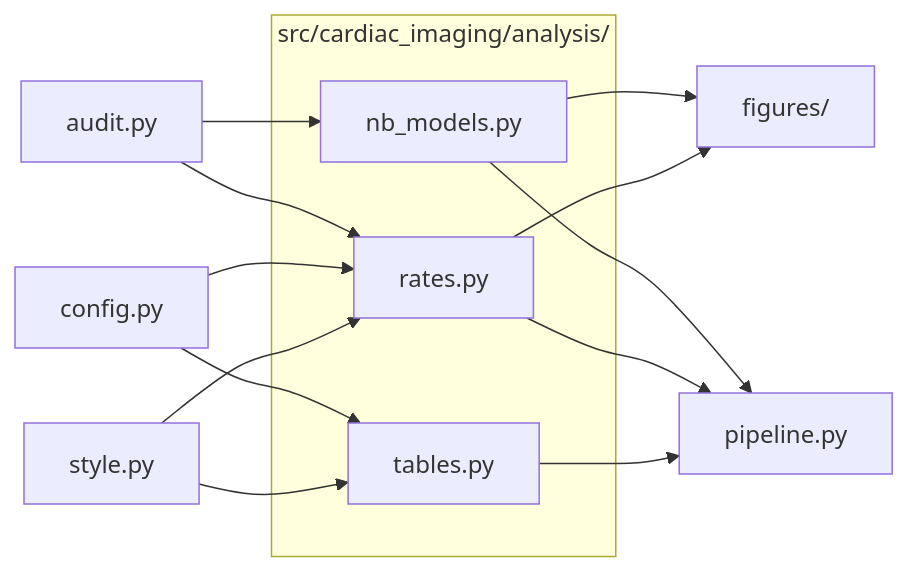
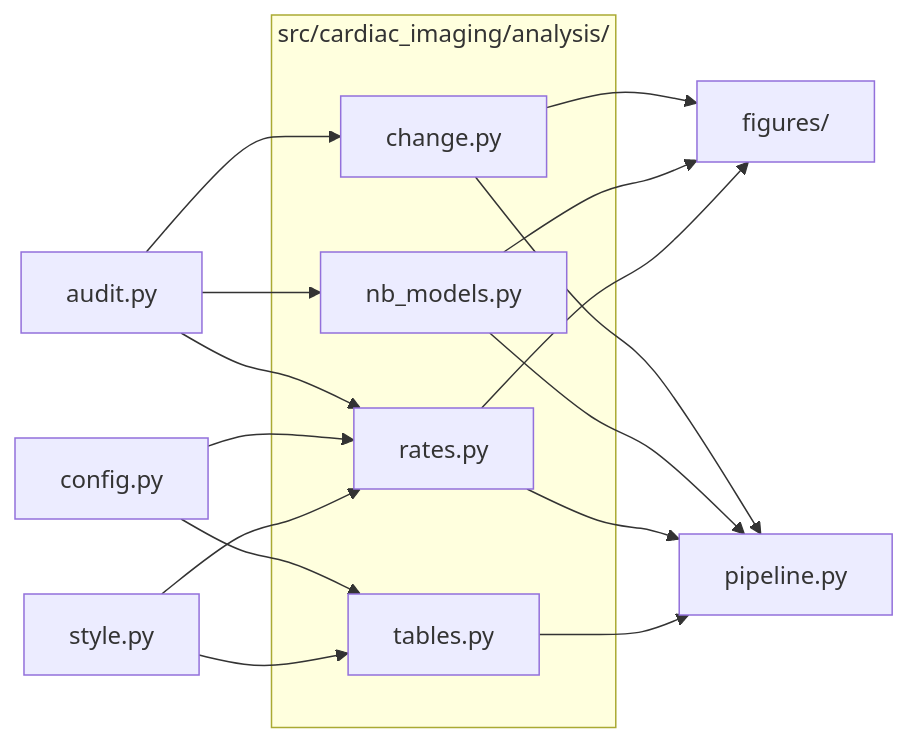
The diagram in src/cardiac_imaging/analysis/README.md (drsanjna/cardiac-imaging-medicare), drawn with Mermaid before and after one commit. The commit also changed other lines of this file and 13 other files, not shown here.

First line of the commit message:
Add Figure S6: change in workforce density vs change in CTA rate by state, 2018→2023

````diff
--- a/src/cardiac_imaging/analysis/README.md
+++ b/src/cardiac_imaging/analysis/README.md
@@ -11,24 +11,28 @@
 ```mermaid
 flowchart LR
   subgraph here["src/cardiac_imaging/analysis/"]
+    n_change_py["change.py"]
     n_nb_models_py["nb_models.py"]
     n_rates_py["rates.py"]
     n_tables_py["tables.py"]
   end
   n_audit_py["audit.py"]
   n_config_py["config.py"]
   n_figures_["figures/"]
   n_pipeline_py["pipeline.py"]
   n_style_py["style.py"]
+  n_audit_py --> n_change_py
   n_audit_py --> n_nb_models_py
   n_audit_py --> n_rates_py
+  n_change_py --> n_figures_
+  n_change_py --> n_pipeline_py
   n_config_py --> n_rates_py
   n_config_py --> n_tables_py
   n_nb_models_py --> n_figures_
   n_nb_models_py --> n_pipeline_py
   n_rates_py --> n_figures_
   n_rates_py --> n_pipeline_py
   n_style_py --> n_rates_py
   n_style_py --> n_tables_py
   n_tables_py --> n_pipeline_py
 ```
````
